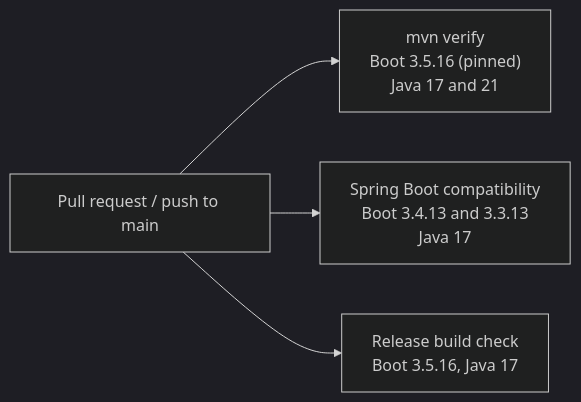
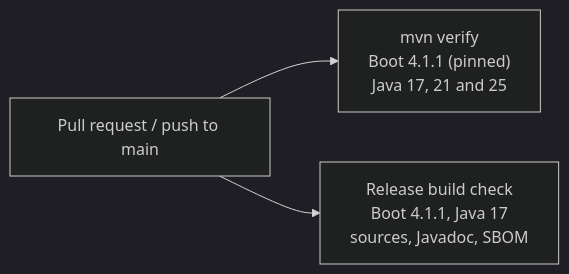
One commit to rmkr-dev/spring-security-jwt-starter changed the first of 2 diagrams in docs/compatibility.md. Above: the diagram before and after it, drawn with Mermaid (dark theme). The commit also changed other lines of this file and 156 other files, not shown here.

First line of the commit message:
Move the starter to Spring Boot 4.1.1

````diff
--- a/docs/compatibility.md
+++ b/docs/compatibility.md
@@ -6,6 +5,5 @@
 ```mermaid
 flowchart LR
-    PR[Pull request / push to main] --> B["mvn verify<br/>Boot 3.5.16 (pinned)<br/>Java 17 and 21"]
-    PR --> C["Spring Boot compatibility<br/>Boot 3.4.13 and 3.3.13<br/>Java 17"]
-    PR --> R["Release build check<br/>Boot 3.5.16, Java 17"]
+    PR[Pull request / push to main] --> B["mvn verify<br/>Boot 4.1.1 (pinned)<br/>Java 17, 21 and 25"]
+    PR --> R["Release build check<br/>Boot 4.1.1, Java 17<br/>sources, Javadoc, SBOM"]
 ```
````
